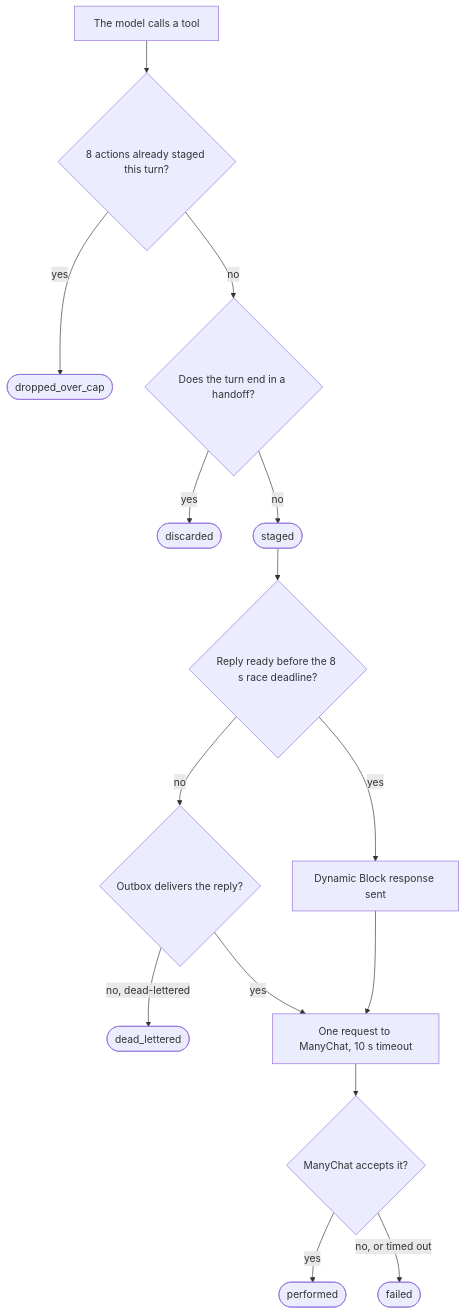
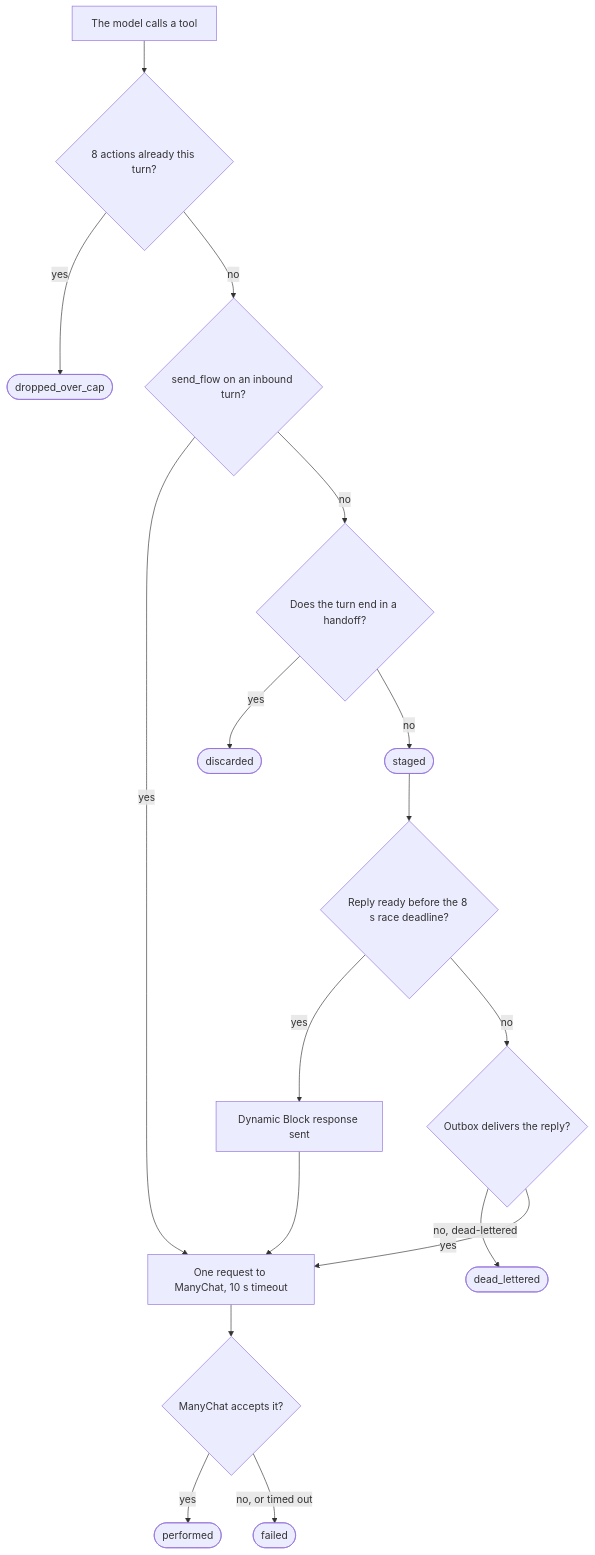
Before and after one commit to pedronastasi/manychat-ai-agent: the second of 2 diagrams in config/README.md, drawn with Mermaid. The commit also changed other lines of this file and 7 other files, not shown here.

````diff
--- a/config/README.md
+++ b/config/README.md
@@ -559,17 +571,19 @@
 ```mermaid
 flowchart TD
-    call["The model calls a tool"] --> cap{"8 actions already staged this turn?"}
+    call["The model calls a tool"] --> cap{"8 actions already this turn?"}
     cap -- yes --> over(["dropped_over_cap"])
-    cap -- no --> handoff{"Does the turn end in a handoff?"}
+    cap -- no --> flow{"send_flow on an inbound turn?"}
+    flow -- yes --> run
+    flow -- no --> handoff{"Does the turn end in a handoff?"}
     handoff -- yes --> discarded(["discarded"])
     handoff -- no --> staged(["staged"])
     staged --> deadline{"Reply ready before the 8 s race deadline?"}
     deadline -- yes --> inline["Dynamic Block response sent"]
     deadline -- no --> outbox{"Outbox delivers the reply?"}
     outbox -- "no, dead-lettered" --> dead(["dead_lettered"])
     outbox -- yes --> run
     inline --> run["One request to ManyChat, 10 s timeout"]
     run --> accepted{"ManyChat accepts it?"}
     accepted -- yes --> performed(["performed"])
     accepted -- "no, or timed out" --> failed(["failed"])
 ```
````
